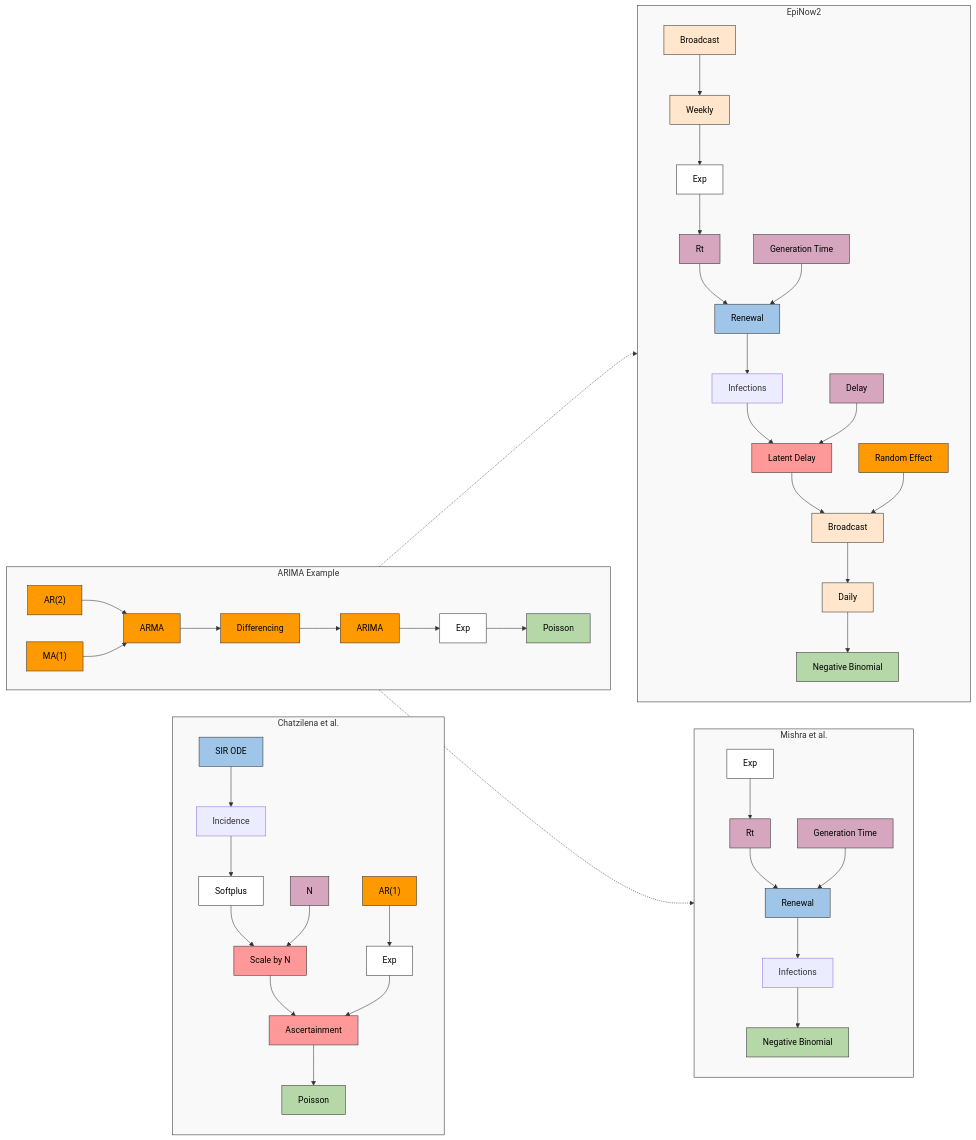
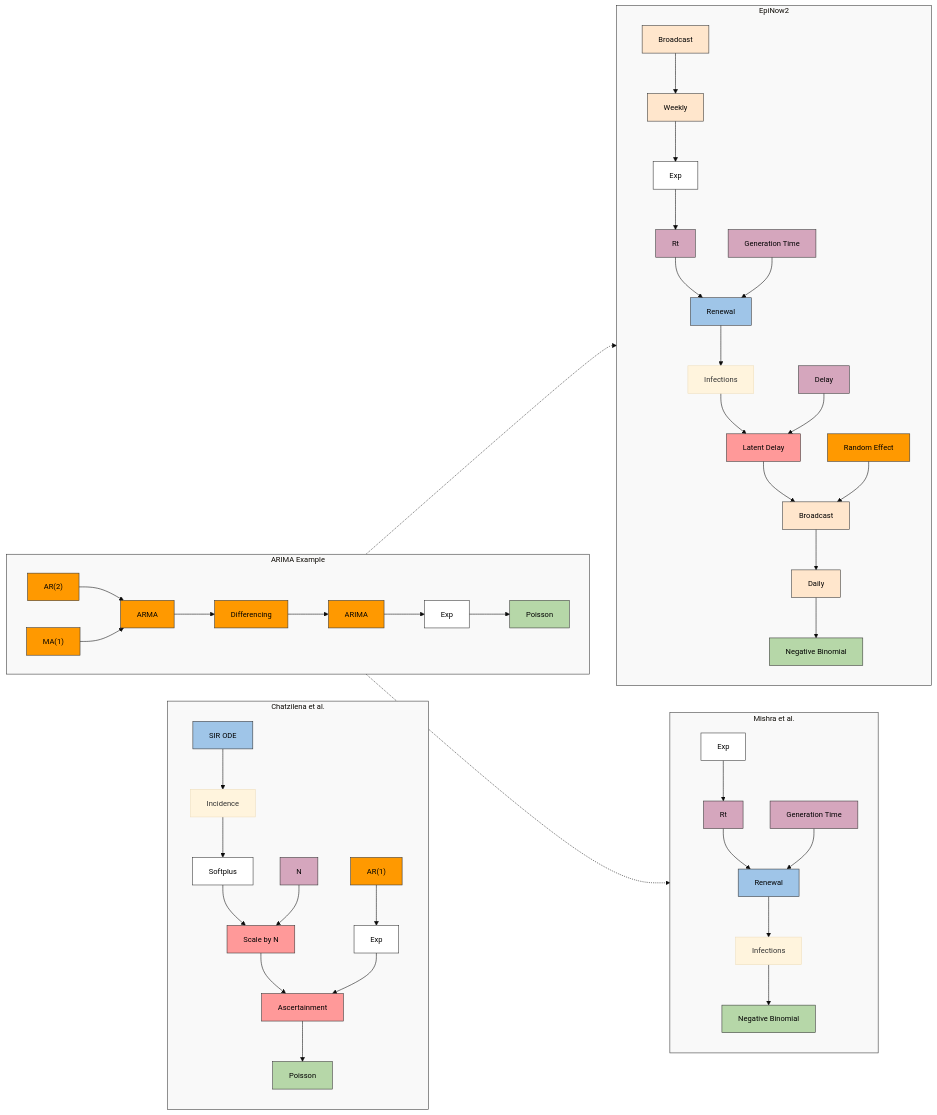
Before and after one commit to EpiAware/PrototypeCompositionalProbablisticInfectiousDiseaseModelling: the second of 2 diagrams in index.qmd, drawn with Mermaid. The commit also changed other lines of this file, not shown here.

Commit message:
Increase mermaid figure size and match paper font size

````diff
--- a/index.qmd
+++ b/index.qmd
@@ -681,8 +669,9 @@
 ```{mermaid}
 %%| label: fig-case-studies
 %%| fig-cap: "Model structure for the ARIMA example and three case studies showing component reuse. The ARIMA Example panel shows how AR(2) and MA(1) components compose into ARIMA(2,1,1) with Exp transformation and Poisson observation. Mishra et al. reuses the AR(2) component for modelling time-varying Rt combined with a Renewal infection process and Negative Binomial observation. EpiNow2 extends this by reusing the full ARIMA structure with weekly broadcasting, adding Latent Delay for reporting delays and day-of-week ascertainment effects. Chatzilena et al. demonstrates an alternative infection process using a SIR ODE with Softplus transformation, scaled by population size N, and AR(1)-based time-varying ascertainment. Dashed arrows indicate component reuse. Colours indicate component types: statistical models (orange), infection processes (blue), epidemiological parameters (purple), observation modifiers (red), broadcasting operations (peach), transformations (white), and observation models (green)."
-%%| fig-width: 8
+%%| fig-width: 10
 
+%%{init: {'theme': 'base', 'themeVariables': {'fontSize': '14px', 'fontFamily': 'arial'}}}%%
 flowchart LR
     %% Class definitions
     classDef infection fill:#9fc5e8,stroke:#333,stroke-width:1px,color:black
````
